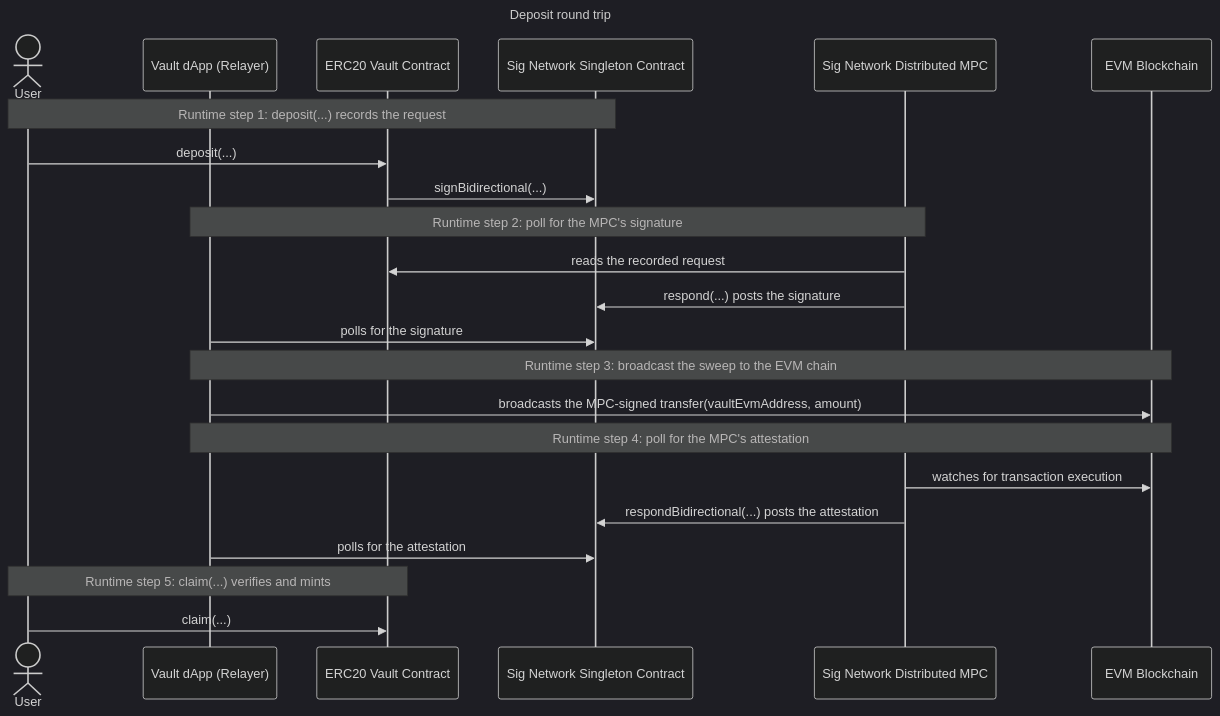
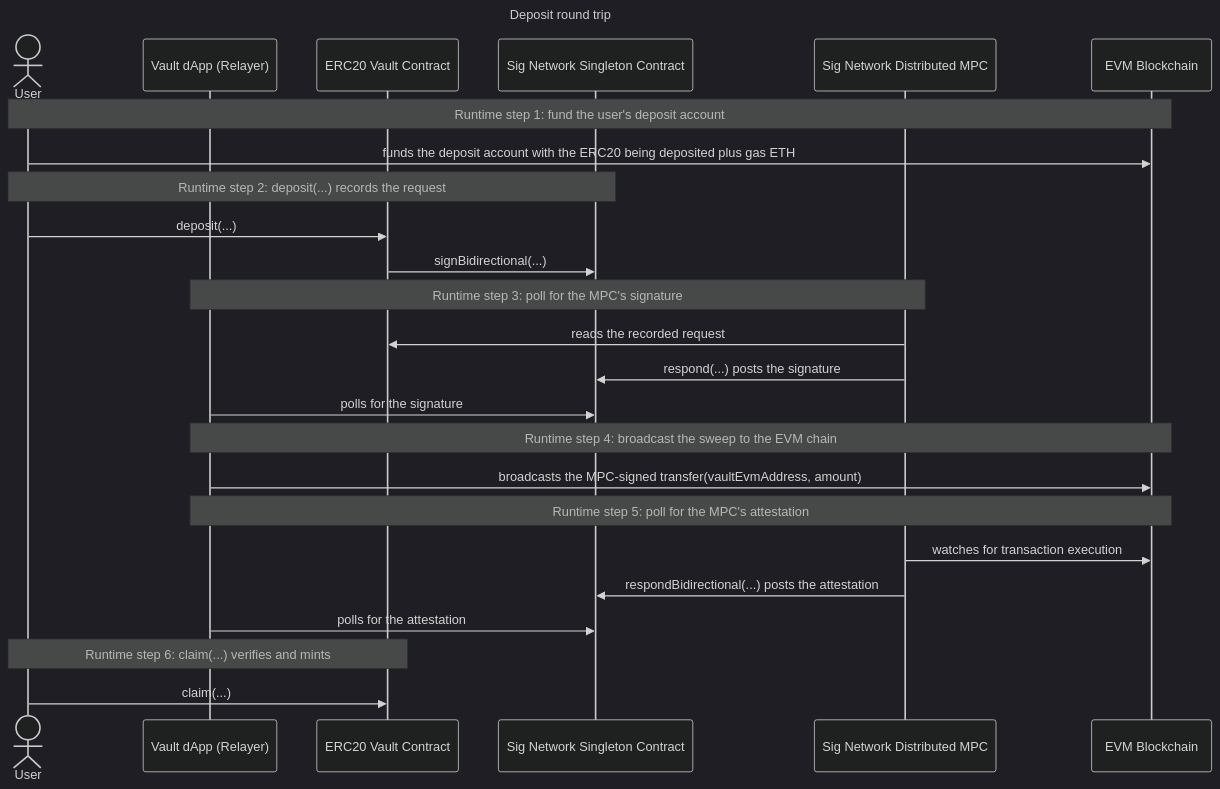
The diagram in examples/erc20-vault/docs/deposit.md (sig-net/midnight-examples), drawn with Mermaid (dark theme) before and after one commit. The commit also changed other lines of this file and 7 other files, not shown here.

First line of the commit message:
docs: deposit runs six runtime steps, colours bind to protocol phases

````diff
--- a/examples/erc20-vault/docs/deposit.md
+++ b/examples/erc20-vault/docs/deposit.md
@@ -65,26 +75,28 @@
 ```mermaid
 sequenceDiagram
     title Deposit round trip
     actor User
     participant DApp as Vault dApp (Relayer)
     participant Vault as ERC20 Vault Contract
     participant Singleton as Sig Network Singleton Contract
     participant MPC as Sig Network Distributed MPC
     participant EVM as EVM Blockchain
 
-    Note over User,Singleton: Runtime step 1: deposit(...) records the request
+    Note over User,EVM: Runtime step 1: fund the user's deposit account
+    User->>EVM: funds the deposit account with the ERC20 being deposited plus gas ETH
+    Note over User,Singleton: Runtime step 2: deposit(...) records the request
     User->>Vault: deposit(...)
     Vault->>Singleton: signBidirectional(...)
-    Note over DApp,MPC: Runtime step 2: poll for the MPC's signature
+    Note over DApp,MPC: Runtime step 3: poll for the MPC's signature
     MPC->>Vault: reads the recorded request
     MPC->>Singleton: respond(...) posts the signature
     DApp->>Singleton: polls for the signature
-    Note over DApp,EVM: Runtime step 3: broadcast the sweep to the EVM chain
+    Note over DApp,EVM: Runtime step 4: broadcast the sweep to the EVM chain
     DApp->>EVM: broadcasts the MPC-signed transfer(vaultEvmAddress, amount)
-    Note over DApp,EVM: Runtime step 4: poll for the MPC's attestation
+    Note over DApp,EVM: Runtime step 5: poll for the MPC's attestation
     MPC->>EVM: watches for transaction execution
     MPC->>Singleton: respondBidirectional(...) posts the attestation
     DApp->>Singleton: polls for the attestation
-    Note over User,Vault: Runtime step 5: claim(...) verifies and mints
+    Note over User,Vault: Runtime step 6: claim(...) verifies and mints
     User->>Vault: claim(...)
 ```
````
